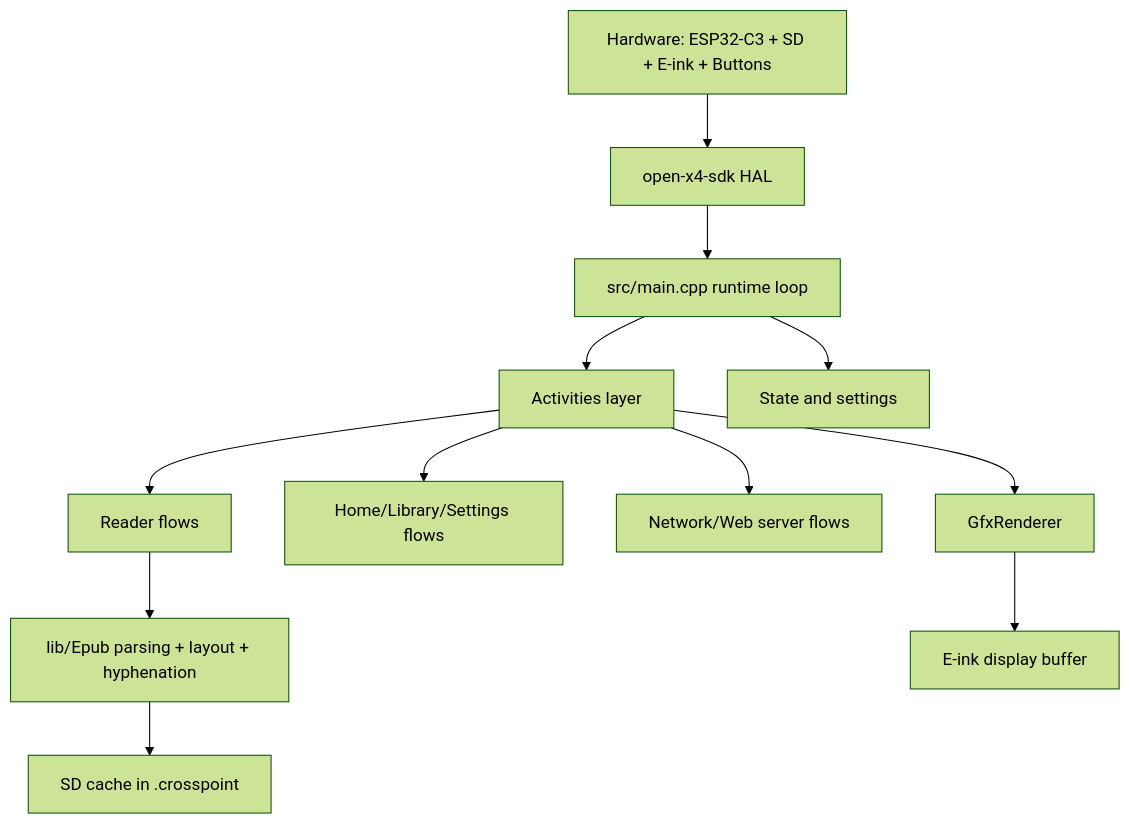
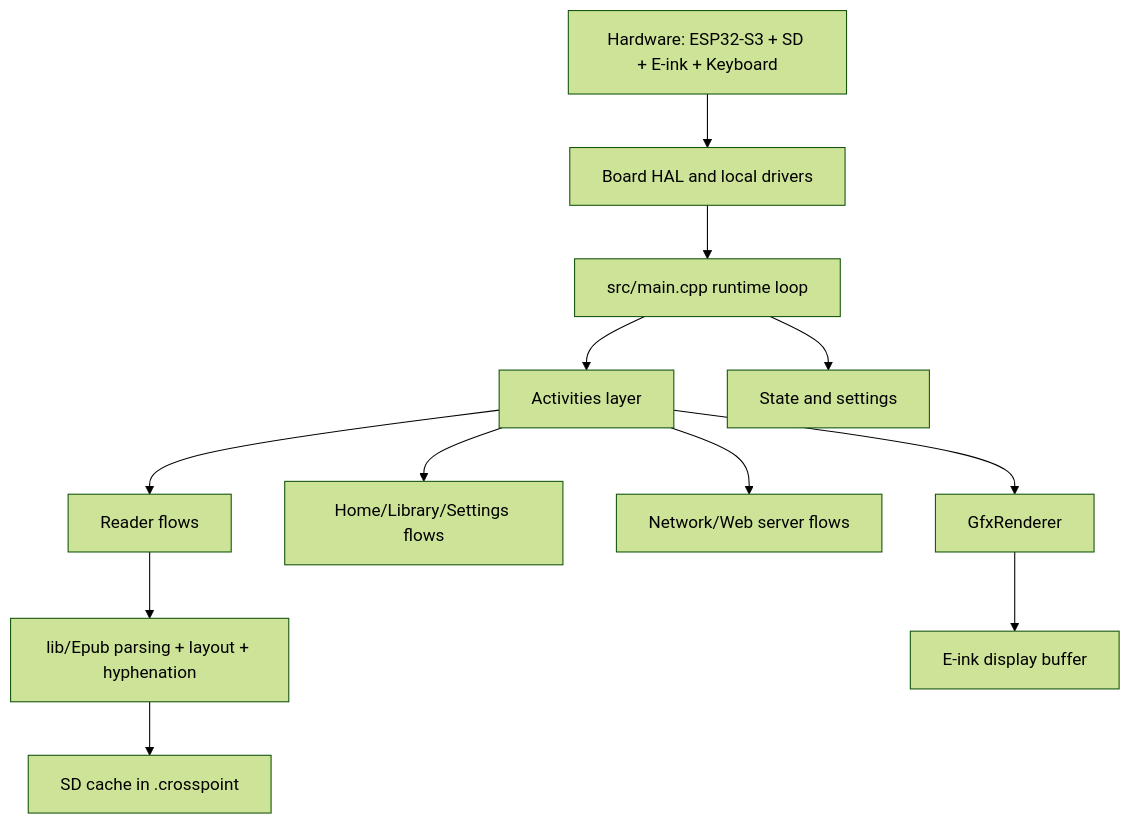
The first of 4 diagrams in docs/contributing/architecture.md (ShallowGreen123/TDeckMax-Reader), drawn with Mermaid (forest theme) before and after one commit. The commit also changed other lines of this file and 24 other files, not shown here.

````diff
--- a/docs/contributing/architecture.md
+++ b/docs/contributing/architecture.md
@@ -9,14 +9,14 @@
 ```mermaid
 graph TD
-    A[Hardware: ESP32-C3 + SD + E-ink + Buttons] --> B[open-x4-sdk HAL]
+    A[Hardware: ESP32-S3 + SD + E-ink + Keyboard] --> B[Board HAL and local drivers]
     B --> C[src/main.cpp runtime loop]
     C --> D[Activities layer]
     C --> E[State and settings]
     D --> F[Reader flows]
     D --> G[Home/Library/Settings flows]
     D --> H[Network/Web server flows]
     F --> I[lib/Epub parsing + layout + hyphenation]
     I --> J[SD cache in .crosspoint]
     D --> K[GfxRenderer]
     K --> L[E-ink display buffer]
 ```
````
